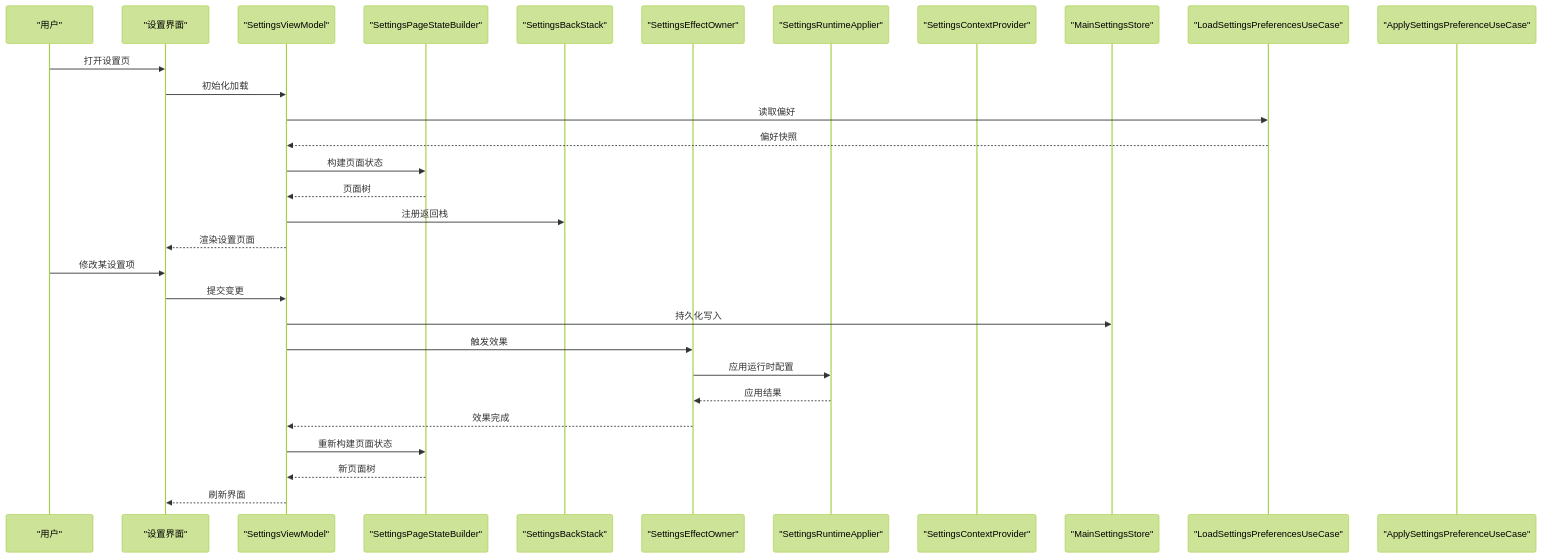
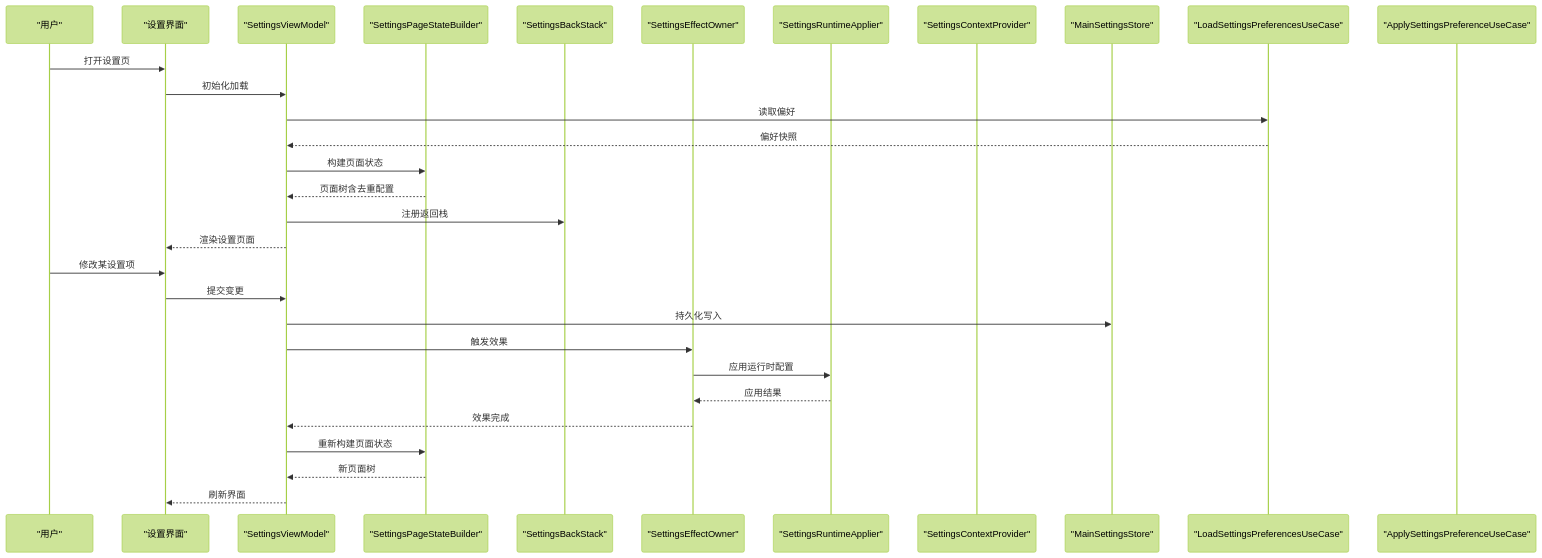
One commit to ysyhlly/Yukine-android changed the second of 3 diagrams in .qoder/repowiki/zh/content/架构设计/模块化设计/功能特性模块/设置界面模块 (feature_settings-ui).md. Above: the diagram before and after it, drawn with Mermaid (forest theme). The commit also changed other lines of this file and 158 other files, not shown here.

````diff
--- a/.qoder/repowiki/zh/content/架构设计/模块化设计/功能特性模块/设置界面模块 (feature_settings-ui).md
+++ b/.qoder/repowiki/zh/content/架构设计/模块化设计/功能特性模块/设置界面模块 (feature_settings-ui).md
@@ -95,32 +110,32 @@
 ```mermaid
 sequenceDiagram
 participant U as "用户"
 participant UI as "设置界面"
 participant VM as "SettingsViewModel"
 participant SB as "SettingsPageStateBuilder"
 participant BE as "SettingsBackStack"
 participant EO as "SettingsEffectOwner"
 participant RA as "SettingsRuntimeApplier"
 participant CTX as "SettingsContextProvider"
 participant STORE as "MainSettingsStore"
 participant UC_LOAD as "LoadSettingsPreferencesUseCase"
 participant UC_APPLY as "ApplySettingsPreferenceUseCase"
 U->>UI : 打开设置页
 UI->>VM : 初始化加载
 VM->>UC_LOAD : 读取偏好
 UC_LOAD-->>VM : 偏好快照
 VM->>SB : 构建页面状态
-SB-->>VM : 页面树
+SB-->>VM : 页面树含去重配置
 VM->>BE : 注册返回栈
 VM-->>UI : 渲染设置页面
 U->>UI : 修改某设置项
 UI->>VM : 提交变更
 VM->>STORE : 持久化写入
 VM->>EO : 触发效果
 EO->>RA : 应用运行时配置
 RA-->>EO : 应用结果
 EO-->>VM : 效果完成
 VM->>SB : 重新构建页面状态
 SB-->>VM : 新页面树
 VM-->>UI : 刷新界面
 ```
````
